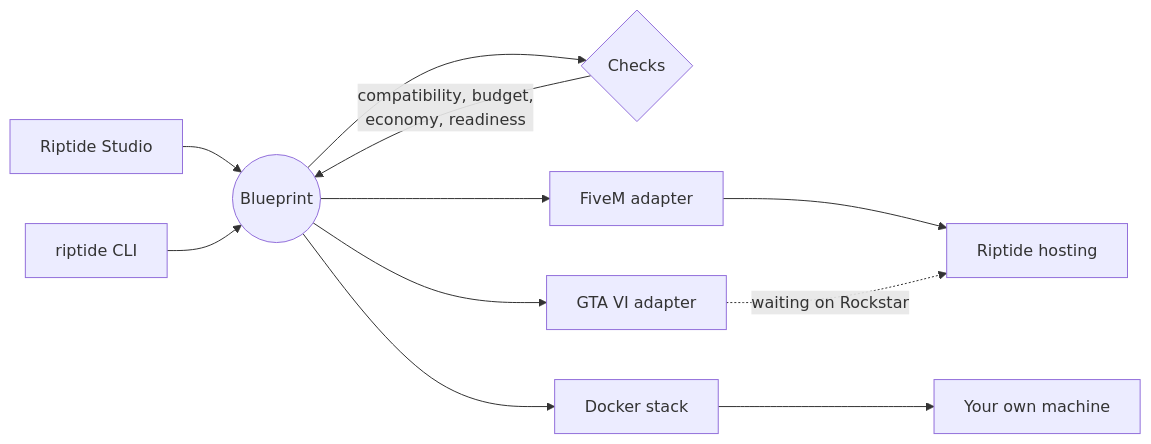
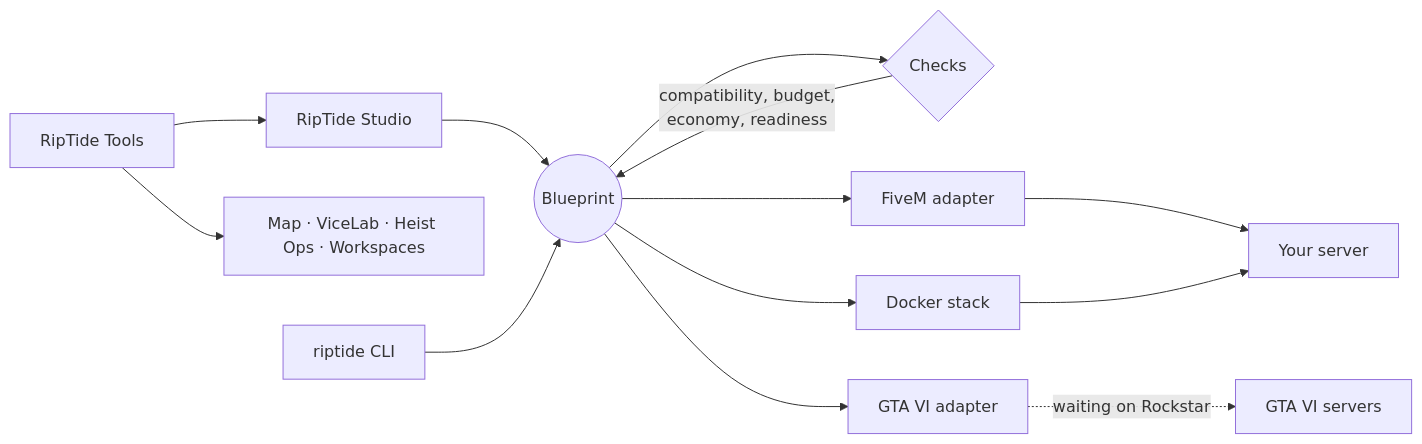
Before and after one commit to DosukaSOL/RipTide: the diagram in README.md, drawn with Mermaid. The commit also changed other lines of this file and 7 other files, not shown here.

First line of the commit message:
README: lead with RipTide Tools, refresh screenshots and docs

````diff
--- a/README.md
+++ b/README.md
@@ -103,13 +149,15 @@
 ```mermaid
 flowchart LR
-  S[Riptide Studio] --> B((Blueprint))
+  T[RipTide Tools] --> S[RipTide Studio]
+  T --> M[Map · ViceLab · Heist Ops · Workspaces]
+  S --> B((Blueprint))
   C[riptide CLI] --> B
   B --> K{Checks}
   K -->|compatibility, budget,<br>economy, readiness| B
   B --> F[FiveM adapter]
   B --> G[GTA VI adapter]
   B --> D[Docker stack]
-  F --> H[Riptide hosting]
-  D --> Y[Your own machine]
-  G -. waiting on Rockstar .-> H
+  G -. waiting on Rockstar .-> V[GTA VI servers]
+  F --> H[Your server]
+  D --> H
 ```
````
